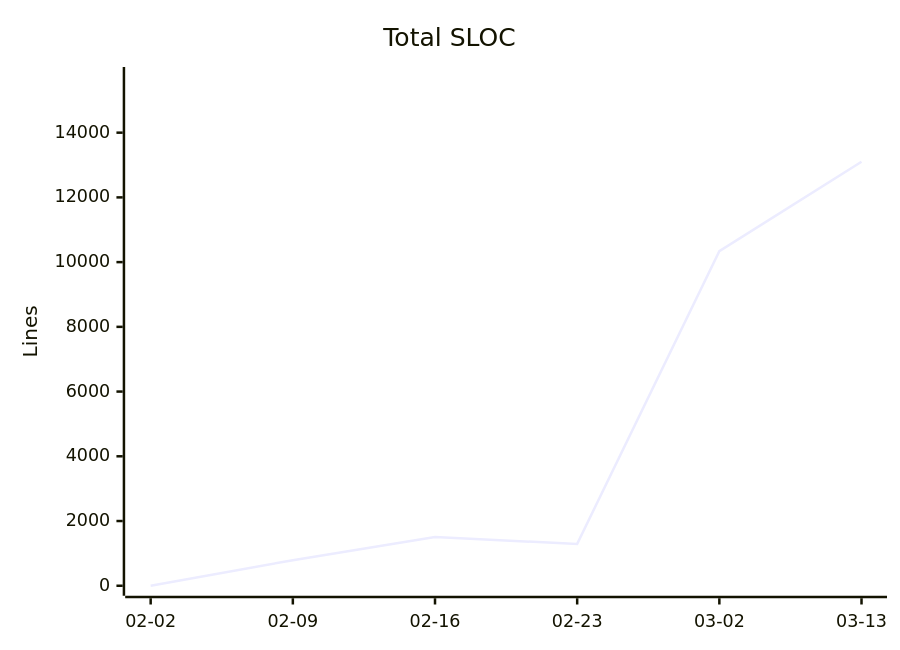
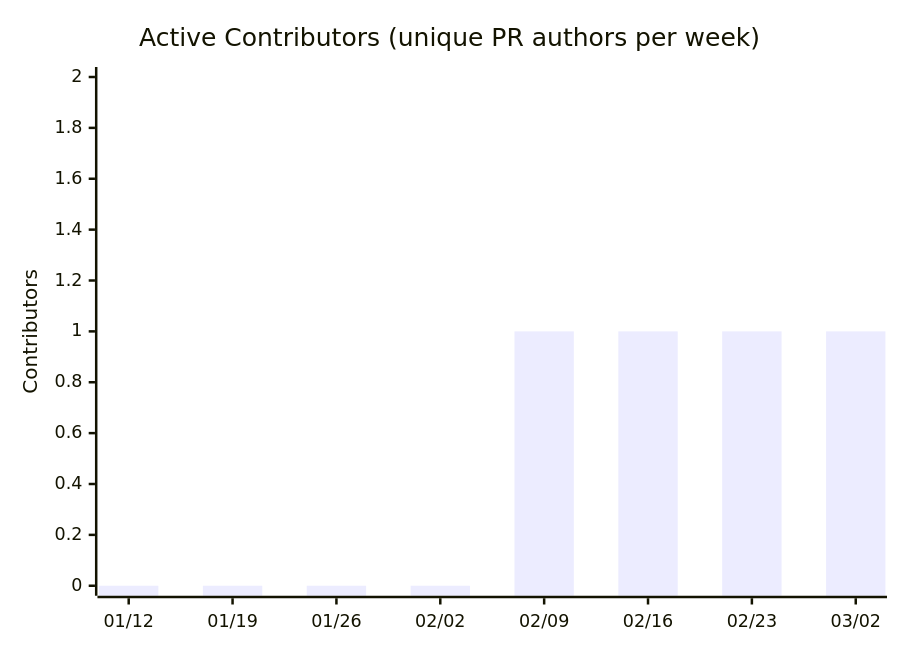
Before and after one commit to nablarch/nabledge-dev: the tenth of 14 diagrams in docs/metrics.md, drawn with Mermaid. The commit also changed other lines of this file and 4 other files, not shown here.

First line of the commit message:
feat: overhaul metrics output with charts, fix SLOC to v6 only, add label guidelines

````diff
--- a/docs/metrics.md
+++ b/docs/metrics.md
@@ -108,7 +97,7 @@
 ```mermaid
 xychart-beta
-  title "Total SLOC"
-  x-axis ["02-02", "02-09", "02-16", "02-23", "03-02", "03-13"]
-  y-axis "Lines" 0 --> 15720
-  line [0, 789, 1503, 1293, 10339, 13100]
+  title "Active Contributors (unique PR authors per week)"
+  x-axis ["01/12", "01/19", "01/26", "02/02", "02/09", "02/16", "02/23", "03/02"]
+  y-axis "Contributors" 0 --> 2
+  bar [0, 0, 0, 0, 1, 1, 1, 1]
 ```
````
